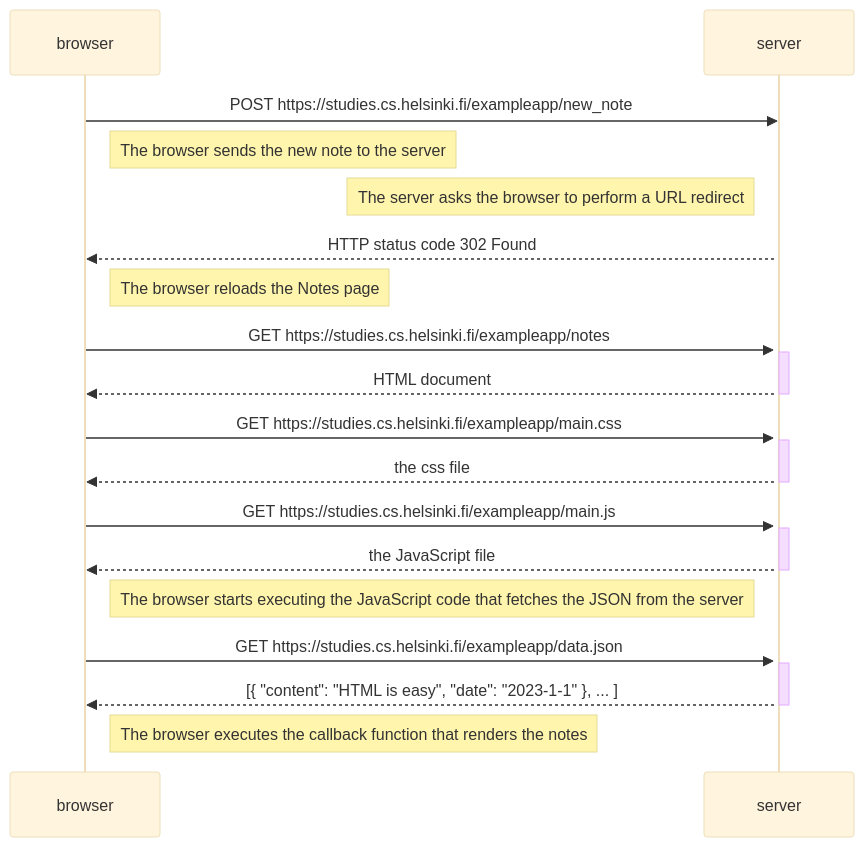
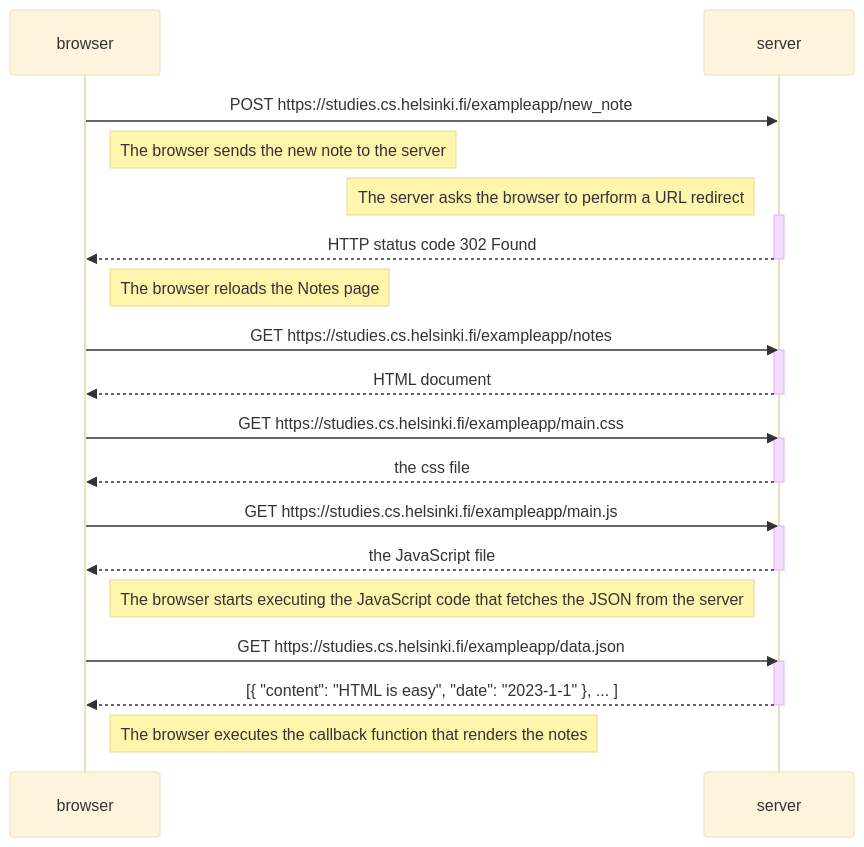
Before and after one commit to ningia92/full-stack-open: the diagram in part0/0.4-new-note-diagram.md, drawn with Mermaid (base theme).

````diff
--- a/part0/0.4-new-note-diagram.md
+++ b/part0/0.4-new-note-diagram.md
@@ -1,36 +1,37 @@
 ```mermaid
   sequenceDiagram
     participant browser
     participant server
 
     browser->>server: POST https://studies.cs.helsinki.fi/exampleapp/new_note
     Note right of browser: The browser sends the new note to the server
     Note left of server: The server asks the browser to perform a URL redirect
     activate server
     server-->>browser: HTTP status code 302 Found
+    deactivate server
     Note right of browser: The browser reloads the Notes page
 
     browser->>server: GET https://studies.cs.helsinki.fi/exampleapp/notes
     activate server
     server-->>browser: HTML document
     deactivate server
 
     browser->>server: GET https://studies.cs.helsinki.fi/exampleapp/main.css
     activate server
     server-->>browser: the css file
     deactivate server
 
     browser->>server: GET https://studies.cs.helsinki.fi/exampleapp/main.js
     activate server
     server-->>browser: the JavaScript file
     deactivate server
 
     Note right of browser: The browser starts executing the JavaScript code that fetches the JSON from the server
 
     browser->>server: GET https://studies.cs.helsinki.fi/exampleapp/data.json
     activate server
     server-->>browser: [{ "content": "HTML is easy", "date": "2023-1-1" }, ... ]
     deactivate server
 
     Note right of browser: The browser executes the callback function that renders the notes
 ```
````
